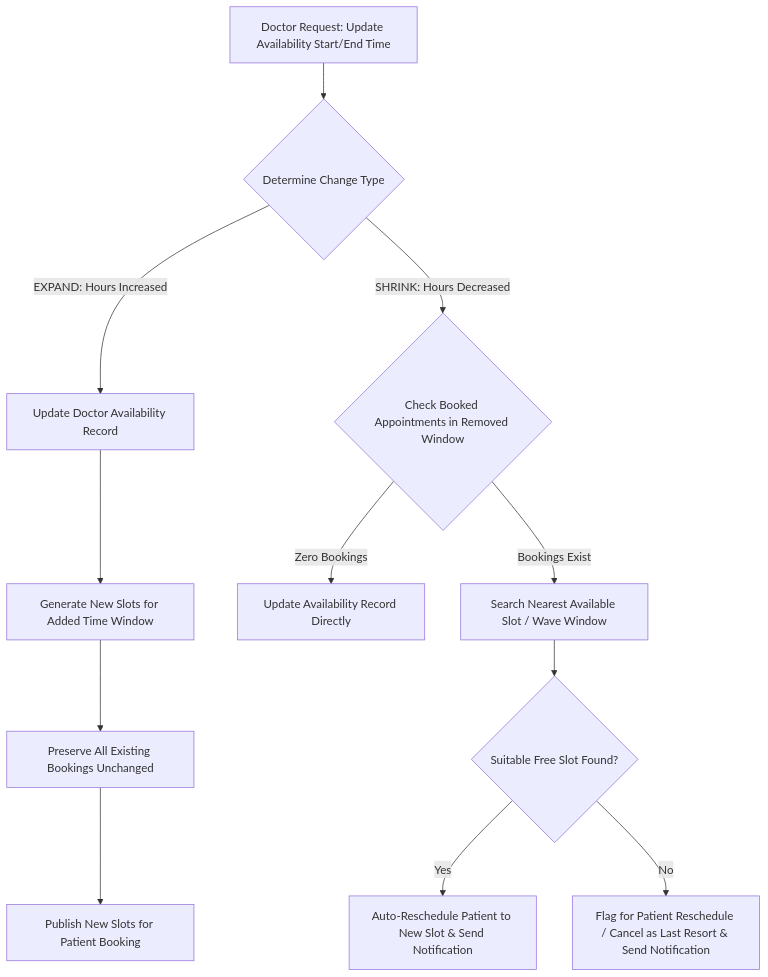
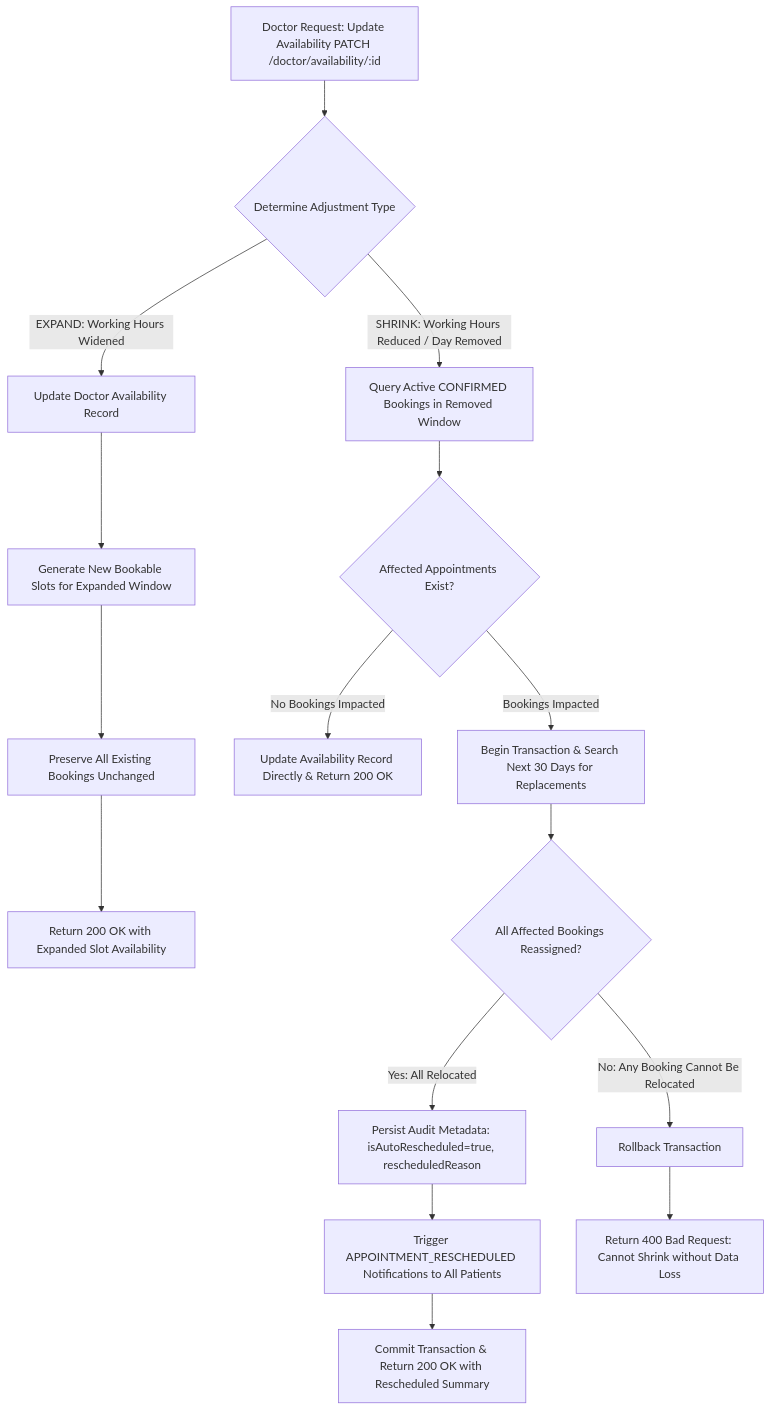
One commit to Jagadeesh729/schedula-jagadeesh changed the fifth of 7 diagrams in docs/FLOWCHARTS.md. Above: the diagram before and after it, drawn with Mermaid. The commit also changed other lines of this file, not shown here.

Commit message:
docs(flowcharts): add comprehensive Mermaid flowcharts for all 7 milestones and workflows

````diff
--- a/docs/FLOWCHARTS.md
+++ b/docs/FLOWCHARTS.md
@@ -42,15 +92,19 @@
 ```mermaid
 graph TD
-    A[Doctor Request: Update Availability Start/End Time] --> B{Determine Change Type}
-    B -->|EXPAND: Hours Increased| C[Update Doctor Availability Record]
-    C --> D[Generate New Slots for Added Time Window]
+    A[Doctor Request: Update Availability PATCH /doctor/availability/:id] --> B{Determine Adjustment Type}
+    B -->|EXPAND: Working Hours Widened| C[Update Doctor Availability Record]
+    C --> D[Generate New Bookable Slots for Expanded Window]
     D --> E[Preserve All Existing Bookings Unchanged]
-    E --> F[Publish New Slots for Patient Booking]
+    E --> F[Return 200 OK with Expanded Slot Availability]
 
-    B -->|SHRINK: Hours Decreased| G{Check Booked Appointments in Removed Window}
-    G -->|Zero Bookings| H[Update Availability Record Directly]
-    G -->|Bookings Exist| I[Search Nearest Available Slot / Wave Window]
-    I --> J{Suitable Free Slot Found?}
-    J -->|Yes| K[Auto-Reschedule Patient to New Slot & Send Notification]
-    J -->|No| L[Flag for Patient Reschedule / Cancel as Last Resort & Send Notification]
+    B -->|SHRINK: Working Hours Reduced / Day Removed| G[Query Active CONFIRMED Bookings in Removed Window]
+    G --> H{Affected Appointments Exist?}
+    H -->|No Bookings Impacted| I[Update Availability Record Directly & Return 200 OK]
+    H -->|Bookings Impacted| J[Begin Transaction & Search Next 30 Days for Replacements]
+    J --> K{All Affected Bookings Reassigned?}
+    K -->|Yes: All Relocated| L[Persist Audit Metadata: isAutoRescheduled=true, rescheduledReason]
+    L --> M[Trigger APPOINTMENT_RESCHEDULED Notifications to All Patients]
+    M --> N[Commit Transaction & Return 200 OK with Rescheduled Summary]
+    K -->|No: Any Booking Cannot Be Relocated| O[Rollback Transaction]
+    O --> P[Return 400 Bad Request: Cannot Shrink without Data Loss]
 ```
````
